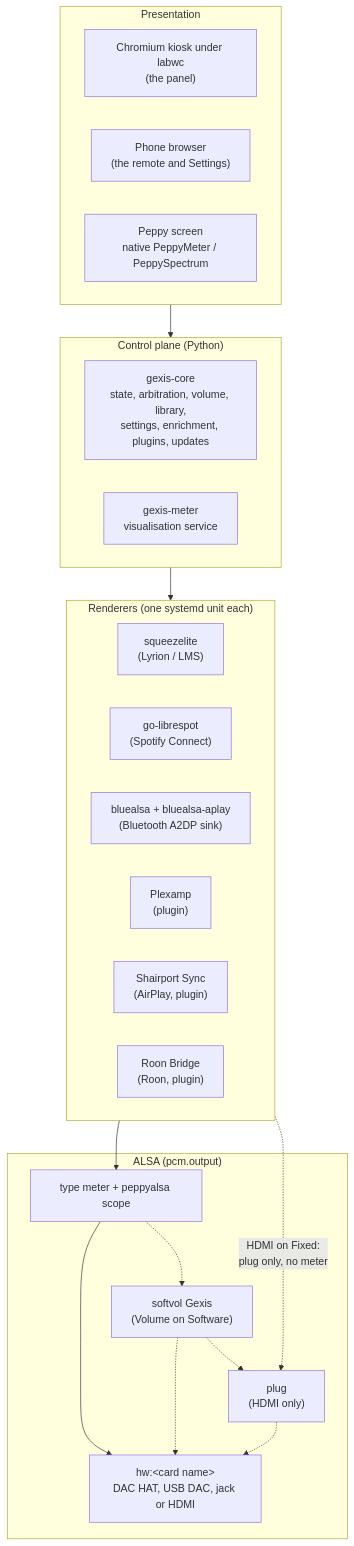
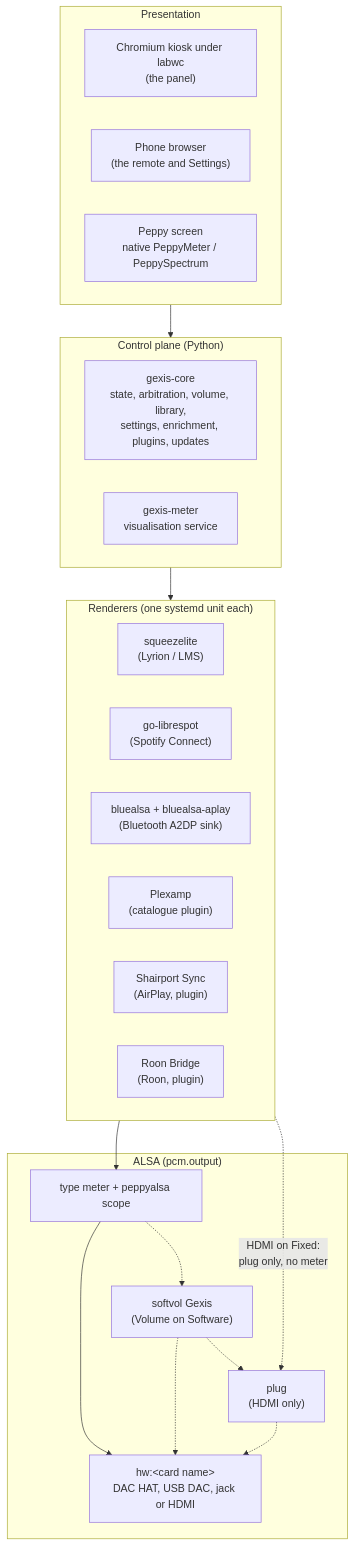
One commit to gcarstoiu/gexis-player changed the first of 3 diagrams in docs/tech/00-overview.md. Above: the diagram before and after it, drawn with Mermaid. The commit also changed other lines of this file and 8 other files, not shown here.

Commit message:
Plexamp from the catalogue in the public documents (ADR-0174): what ships, the FAQ, setup's install, its unit and download, the plugin guides

````diff
--- a/docs/tech/00-overview.md
+++ b/docs/tech/00-overview.md
@@ -47,32 +47,32 @@
 ```mermaid
 flowchart TB
     subgraph Presentation
         kiosk["Chromium kiosk under labwc<br/>(the panel)"]
         phone["Phone browser<br/>(the remote and Settings)"]
         peppy["Peppy screen<br/>native PeppyMeter / PeppySpectrum"]
     end
     subgraph Control["Control plane (Python)"]
         core["gexis-core<br/>state, arbitration, volume, library,<br/>settings, enrichment, plugins, updates"]
         meter["gexis-meter<br/>visualisation service"]
     end
     subgraph Renderers["Renderers (one systemd unit each)"]
         sq["squeezelite<br/>(Lyrion / LMS)"]
         lib["go-librespot<br/>(Spotify Connect)"]
         bt["bluealsa + bluealsa-aplay<br/>(Bluetooth A2DP sink)"]
-        px["Plexamp<br/>(plugin)"]
+        px["Plexamp<br/>(catalogue plugin)"]
         ap["Shairport Sync<br/>(AirPlay, plugin)"]
         rn["Roon Bridge<br/>(Roon, plugin)"]
     end
     subgraph Audio["ALSA (pcm.output)"]
         out["type meter + peppyalsa scope"]
         sv["softvol Gexis<br/>(Volume on Software)"]
         pl["plug<br/>(HDMI only)"]
         hw["hw:&lt;card name&gt;<br/>DAC HAT, USB DAC, jack or HDMI"]
     end
     Presentation --> Control
     Control --> Renderers
     Renderers --> out --> hw
     out -.-> sv -.-> hw
     sv -.-> pl -.-> hw
     Renderers -. "HDMI on Fixed:<br/>plug only, no meter" .-> pl
 ```
````
